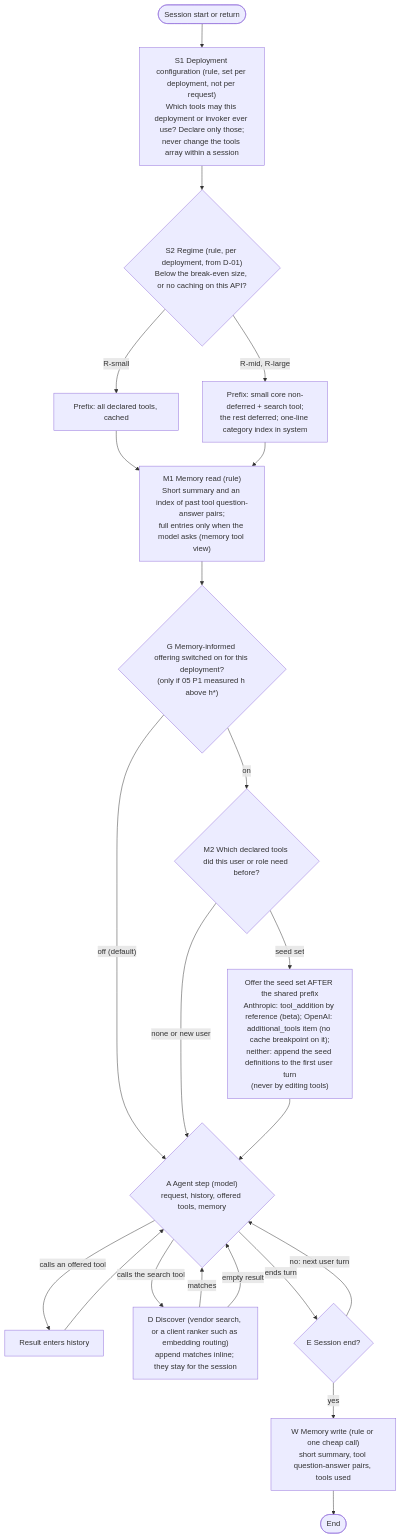
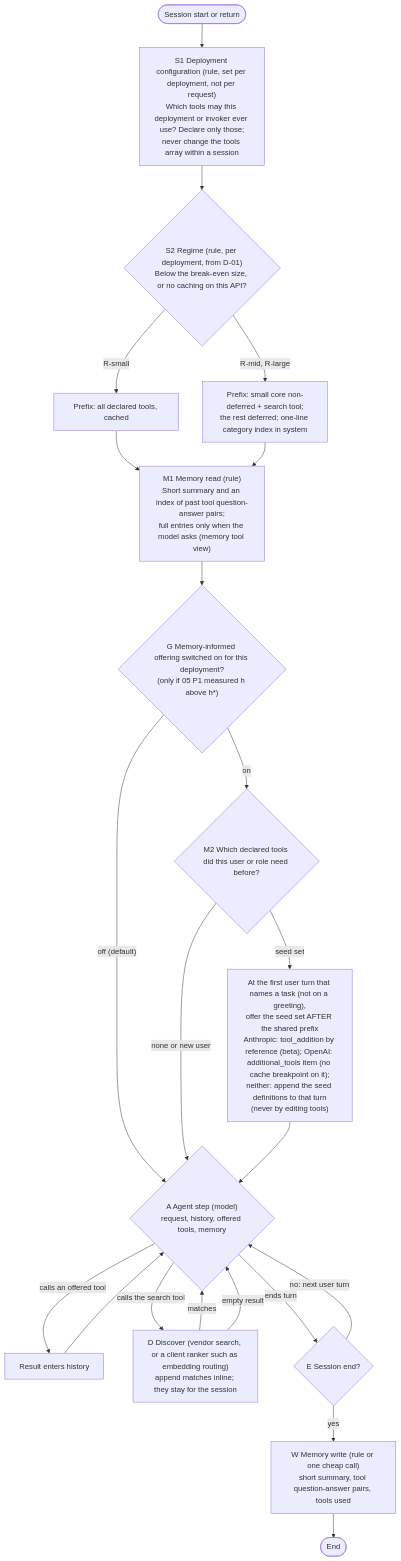
One commit to omarelansary/thesis-policy-design changed the diagram in design/package-v5/04-design.md. Above: the diagram before and after it, drawn with Mermaid. The commit also changed other lines of this file and 24 other files, not shown here.

Commit message:
AUTH-020 batch 6 (close): rebuttal check RV-0023 and its nine points applied (memory break-even revision 3, regime range 10-230, one hit-rate definition, seeding after the first task turn); question sheets 20261022; README, STATE, WD-043, thread summaries

````diff
--- a/design/package-v5/04-design.md
+++ b/design/package-v5/04-design.md
@@ -25,25 +25,25 @@
 ```mermaid
 flowchart TD
   S([Session start or return]) --> S1["S1 Deployment configuration (rule, set per deployment, not per request)<br/>Which tools may this deployment or invoker ever use? Declare only those;<br/>never change the tools array within a session"]
   S1 --> S2{"S2 Regime (rule, per deployment, from D-01)<br/>Below the break-even size, or no caching on this API?"}
   S2 -->|"R-small"| P0a["Prefix: all declared tools, cached"]
   S2 -->|"R-mid, R-large"| P0b["Prefix: small core non-deferred + search tool;<br/>the rest deferred; one-line category index in system"]
   P0a --> M1
   P0b --> M1["M1 Memory read (rule)<br/>Short summary and an index of past tool question-answer pairs;<br/>full entries only when the model asks (memory tool view)"]
   M1 --> G{"G Memory-informed offering switched on for this deployment?<br/>(only if 05 P1 measured h above h*)"}
   G -->|"off (default)"| A
   G -->|"on"| M2{"M2 Which declared tools did this user or role need before?"}
   M2 -->|"none or new user"| A
-  M2 -->|"seed set"| M3["Offer the seed set AFTER the shared prefix<br/>Anthropic: tool_addition by reference (beta); OpenAI: additional_tools item (no cache breakpoint on it);<br/>neither: append the seed definitions to the first user turn<br/>(never by editing tools)"]
+  M2 -->|"seed set"| M3["At the first user turn that names a task (not on a greeting),<br/>offer the seed set AFTER the shared prefix<br/>Anthropic: tool_addition by reference (beta); OpenAI: additional_tools item (no cache breakpoint on it);<br/>neither: append the seed definitions to that turn<br/>(never by editing tools)"]
   M3 --> A
   A{"A Agent step (model)<br/>request, history, offered tools, memory"}
   A -->|"calls an offered tool"| R["Result enters history"]
   R --> A
   A -->|"calls the search tool"| D["D Discover (vendor search, or a client ranker such as embedding routing)<br/>append matches inline; they stay for the session"]
   D -->|"matches"| A
   D -->|"empty result"| A
   A -->|"ends turn"| E{"E Session end?"}
   E -->|"no: next user turn"| A
   E -->|"yes"| W["W Memory write (rule or one cheap call)<br/>short summary, tool question-answer pairs, tools used"]
   W --> Z([End])
 ```
````
